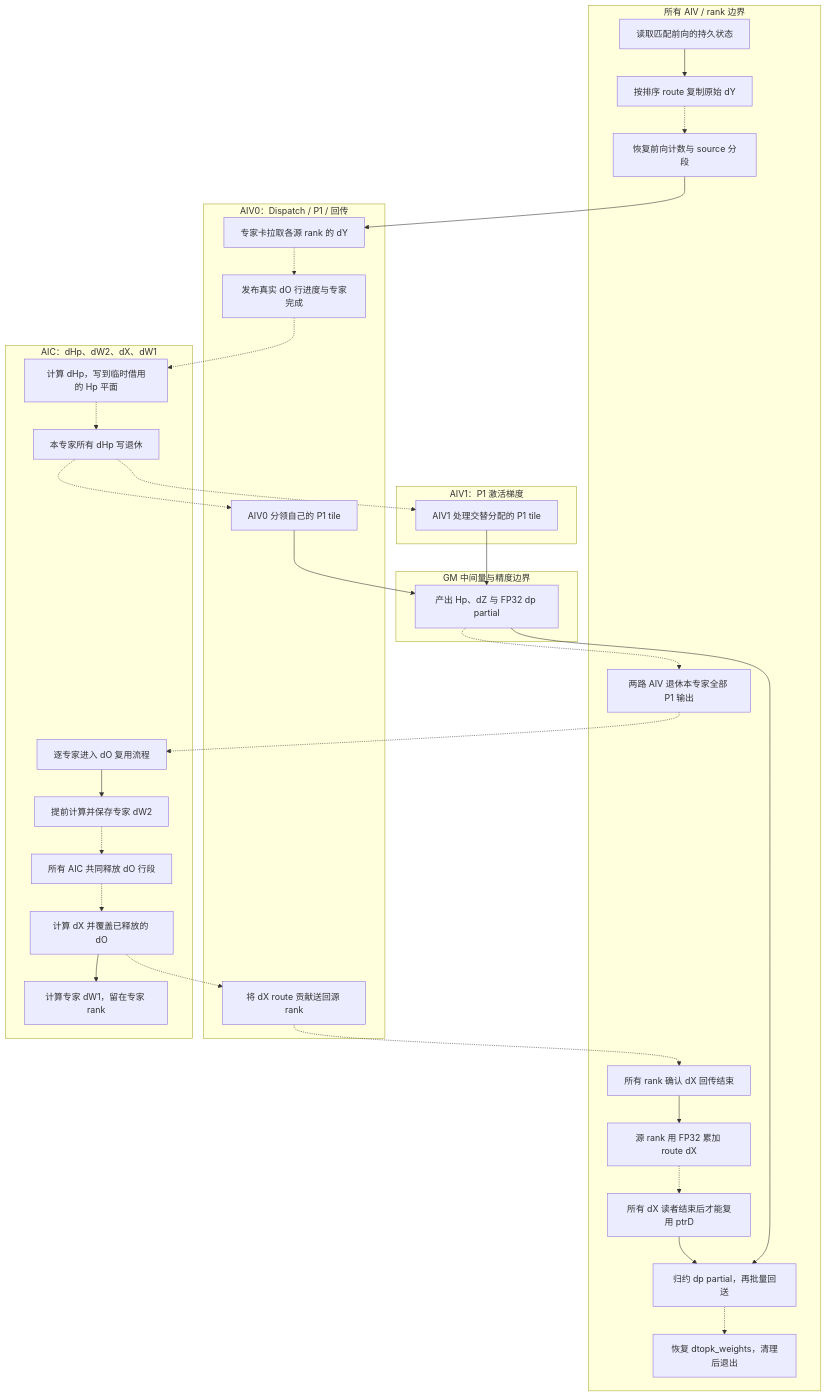
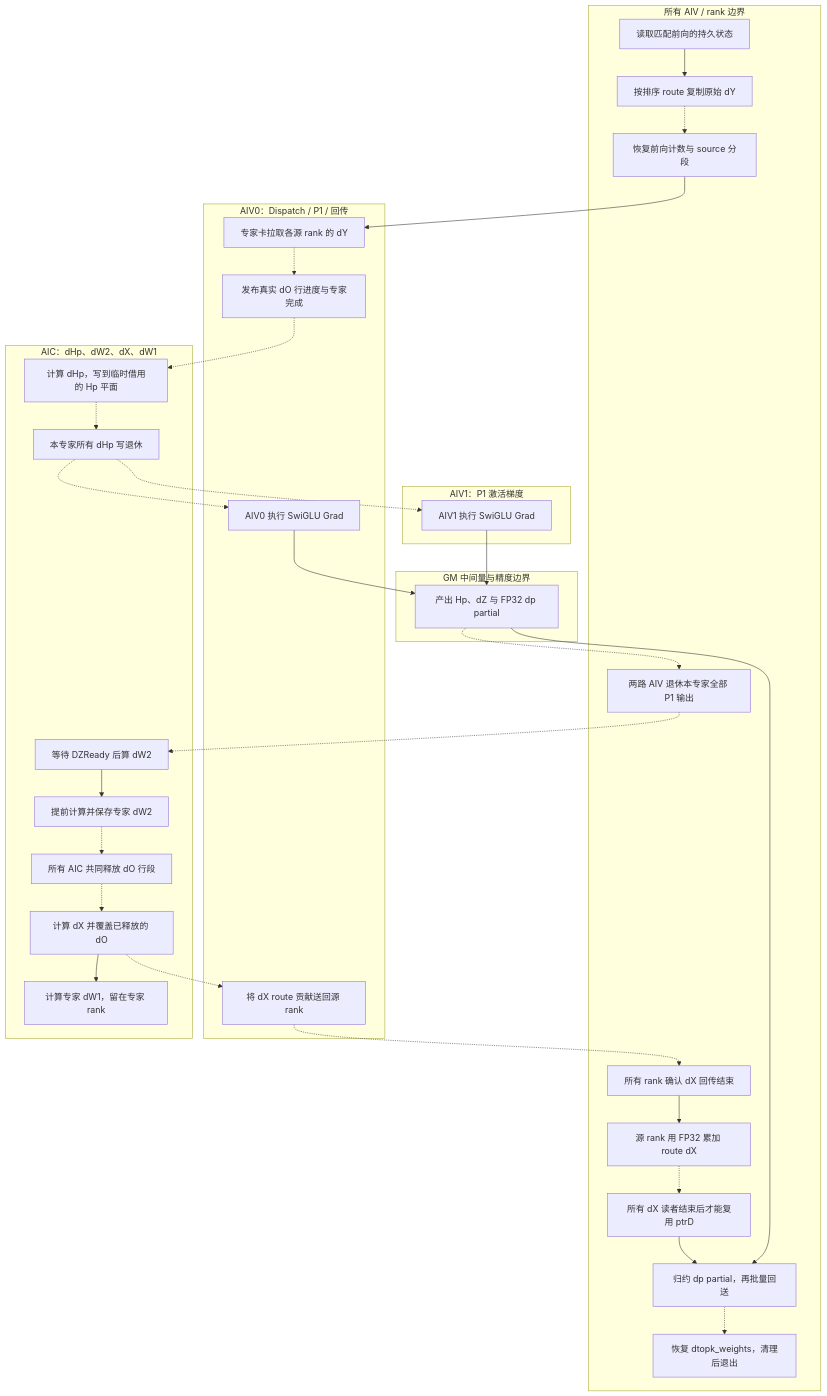
Before and after one commit to Gff0323/DeepEP_xx: the diagram in experiments/megamoe_train/docs/visual/diagrams/06-backward-kernel.mmd, drawn with Mermaid. The commit also changed 71 other files, not shown here.

```diff
--- a/experiments/megamoe_train/docs/visual/diagrams/06-backward-kernel.mmd
+++ b/experiments/megamoe_train/docs/visual/diagrams/06-backward-kernel.mmd
@@ -1,56 +1,56 @@
 flowchart TB
   subgraph lane_b_all["所有 AIV / rank 边界"]
     b_saved["读取匹配前向的持久状态"]
     b_gather["按排序 route 复制原始 dY"]
     b_restore_counts["恢复前向计数与 source 分段"]
     b_dz_ready["两路 AIV 退休本专家全部 P1 输出"]
     b_dx_arrived["所有 rank 确认 dX 回传结束"]
     b_unpermute_dx["源 rank 用 FP32 累加 route dX"]
     b_reuse_ptrd["所有 dX 读者结束后才能复用 ptrD"]
     b_reduce_dp["归约 dp partial，再批量回送"]
     b_dp_output["恢复 dtopk_weights，清理后退出"]
   end
   subgraph lane_b_aiv0["AIV0：Dispatch / P1 / 回传"]
     b_dispatch_do["专家卡拉取各源 rank 的 dY"]
     b_do_ready["发布真实 dO 行进度与专家完成"]
-    b_epi0["AIV0 分领自己的 P1 tile"]
+    b_epi0["AIV0 执行 SwiGLU Grad"]
     b_dx_send["将 dX route 贡献送回源 rank"]
   end
   subgraph lane_b_aic["AIC：dHp、dW2、dX、dW1"]
     b_dhp["计算 dHp，写到临时借用的 Hp 平面"]
     b_dhp_retire["本专家所有 dHp 写退休"]
-    b_wait_dz["逐专家进入 dO 复用流程"]
+    b_wait_dz["等待 DZReady 后算 dW2"]
     b_dw2["提前计算并保存专家 dW2"]
     b_do_release["所有 AIC 共同释放 dO 行段"]
     b_dx["计算 dX 并覆盖已释放的 dO"]
     b_dw1["计算专家 dW1，留在专家 rank"]
   end
   subgraph lane_b_aiv1["AIV1：P1 激活梯度"]
-    b_epi1["AIV1 处理交替分配的 P1 tile"]
+    b_epi1["AIV1 执行 SwiGLU Grad"]
   end
   subgraph lane_b_gm["GM 中间量与精度边界"]
     b_numeric["产出 Hp、dZ 与 FP32 dp partial"]
   end
   b_saved --> b_gather
   b_gather -.-> b_restore_counts
   b_restore_counts --> b_dispatch_do
   b_dispatch_do -.-> b_do_ready
   b_do_ready -.-> b_dhp
   b_dhp -.-> b_dhp_retire
   b_dhp_retire -.-> b_epi0
   b_dhp_retire -.-> b_epi1
   b_epi0 --> b_numeric
   b_epi1 --> b_numeric
   b_numeric -.-> b_dz_ready
   b_dz_ready -.-> b_wait_dz
   b_wait_dz --> b_dw2
   b_dw2 -.-> b_do_release
   b_do_release -.-> b_dx
   b_dx -.-> b_dx_send
   b_dx --> b_dw1
   b_dx_send -.-> b_dx_arrived
   b_dx_arrived --> b_unpermute_dx
   b_unpermute_dx -.-> b_reuse_ptrd
   b_reuse_ptrd --> b_reduce_dp
   b_numeric --> b_reduce_dp
   b_reduce_dp -.-> b_dp_output
```
